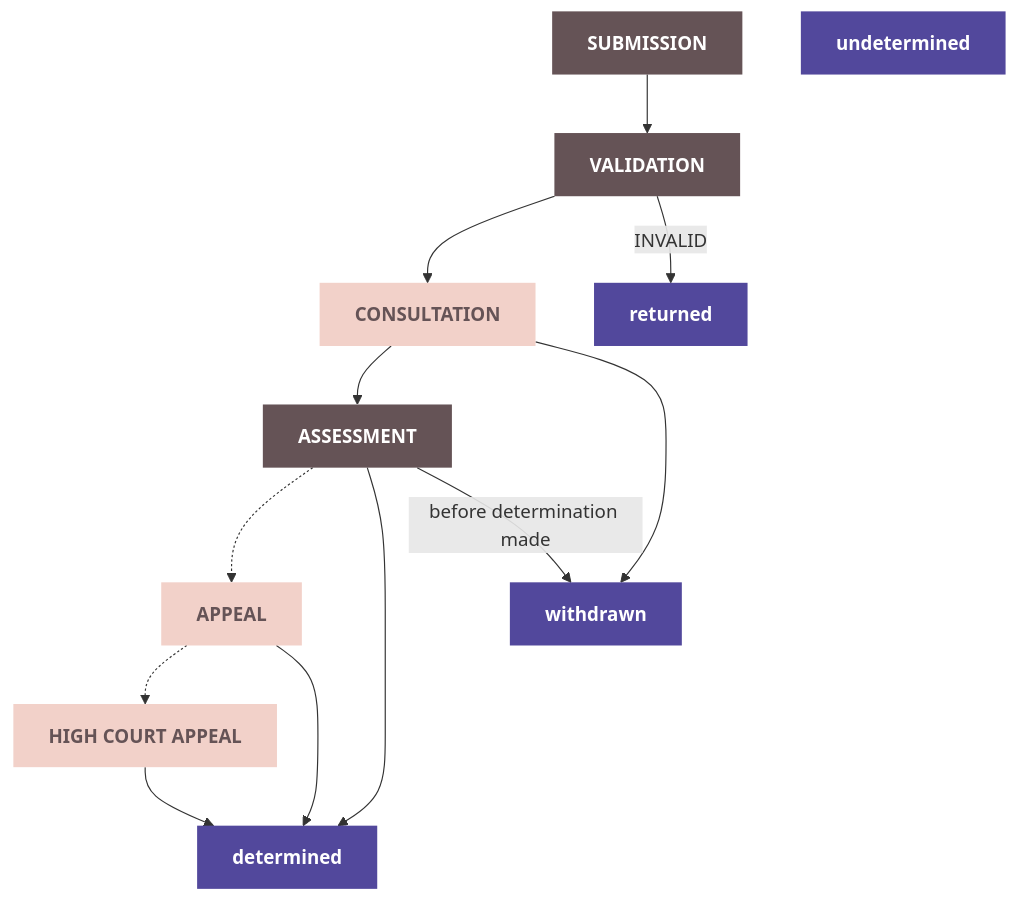
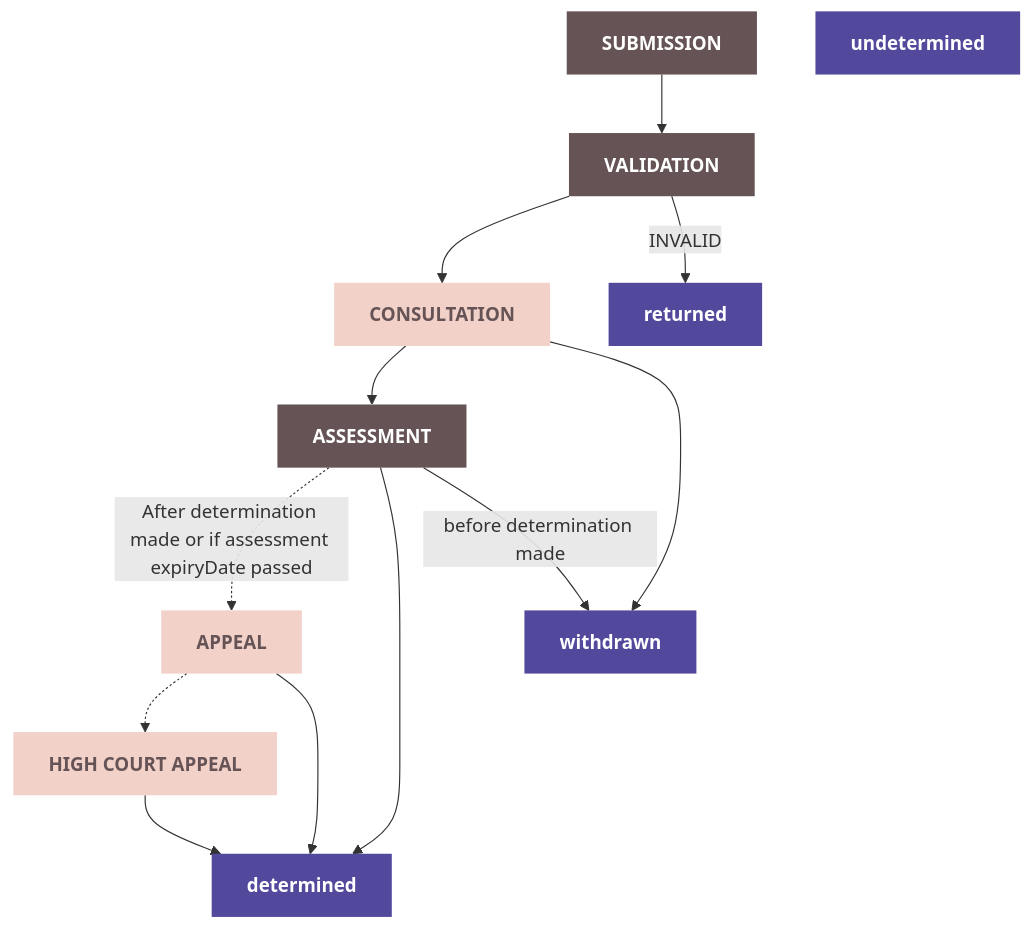
One commit to theopensystemslab/digital-planning-data-schemas changed the first of 4 diagrams in types/schemas/postSubmissionApplication/README.md. Above: the diagram before and after it, drawn with Mermaid. The commit also changed other lines of this file and 7 other files, not shown here.

````diff
--- a/types/schemas/postSubmissionApplication/README.md
+++ b/types/schemas/postSubmissionApplication/README.md
@@ -343,50 +343,50 @@
 ```mermaid
 flowchart TD
 
 %% stages
 
 submission[SUBMISSION]:::stage
 validation[VALIDATION]:::stage
 consultation[CONSULTATION]:::stageOptional
 assessment[ASSESSMENT]:::stage
 appeal[APPEAL]:::stageOptional
 highCourtAppeal[HIGH COURT APPEAL]:::stageOptional
 
 
 %% status
 
 returned:::status
 withdrawn:::status
 determined:::status
 undetermined:::status
 
 
 
 %% flow
 
 submission --> validation
 validation --> consultation
 consultation --> assessment
-assessment -.-> appeal
+assessment -.-> |After determination made or if assessment expiryDate passed|appeal
 appeal -.-> highCourtAppeal
 
 
 %% status flow
 
 validation --> |INVALID|returned
 
 assessment --> determined
 appeal --> determined
 highCourtAppeal --> determined
 
 consultation --> withdrawn
 assessment --> |before determination made|withdrawn
 
 
 
 classDef stage fill:#655356,color:#FFF,stroke-width:0px,font-weight:bold;
 classDef stageOptional fill:#F2D1C9,color:#655356,stroke-width:0px,font-weight:bold;
 classDef status fill:#52489C,color:#FFF,stroke-width:0px,font-weight:bold;
 classDef check fill:#BAD1CD,color:#655356,stroke-width:0px;
 
 ```
````
